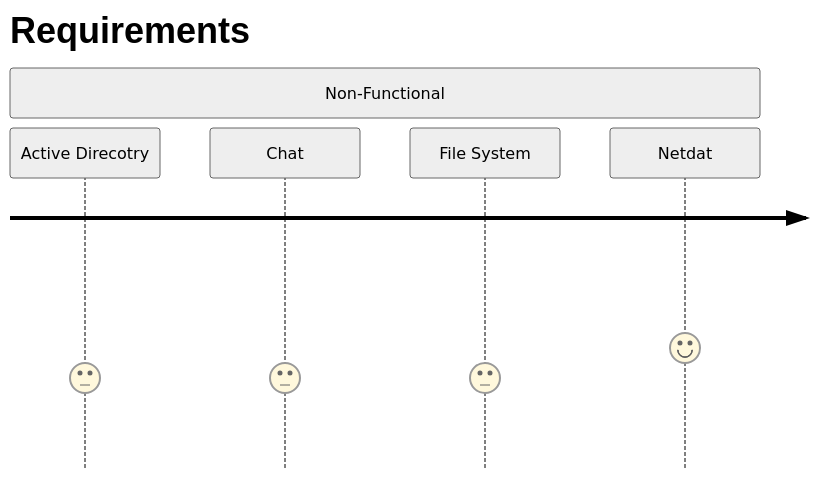
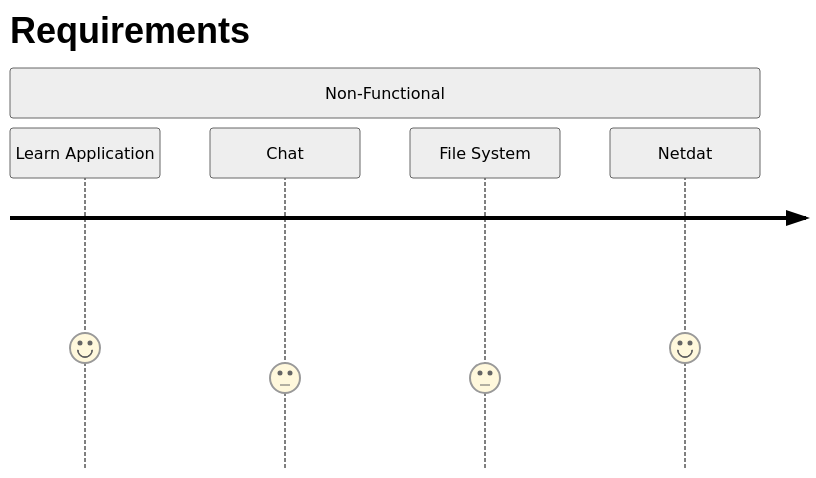
One commit to noahzmr/deploy-server-services-and-automate-administration-tasks changed the third of 5 diagrams in README.md. Above: the diagram before and after it, drawn with Mermaid (neutral theme). The commit also changed other lines of this file, not shown here.

````diff
--- a/README.md
+++ b/README.md
@@ -155,9 +155,9 @@
 ```mermaid
 journey
     title Requirements
     section Non-Functional
-      Active Direcotry: 3
+      Learn Application: 4
       Chat: 3
       File System: 3
       Netdat: 4
 ```
````
